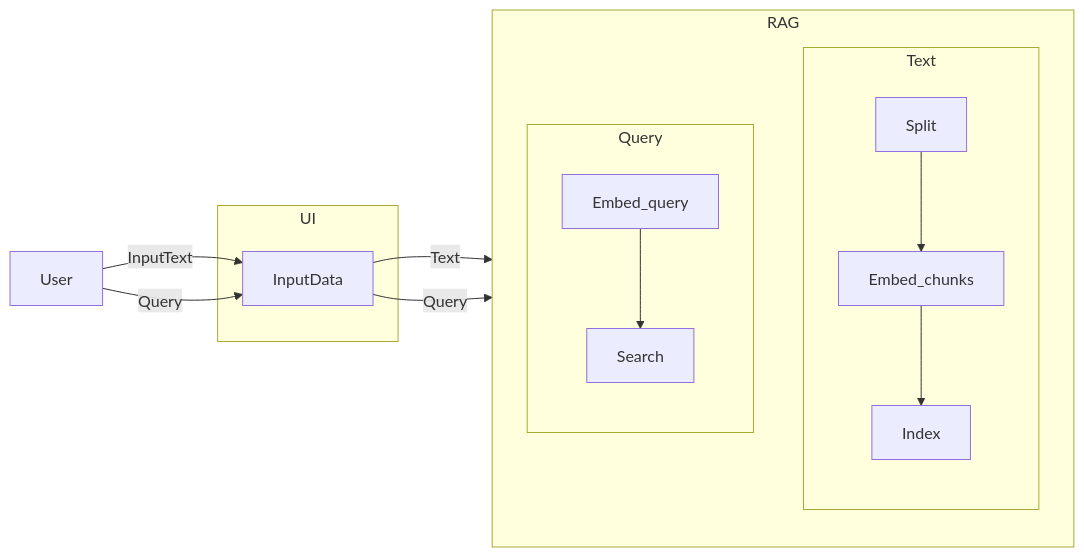
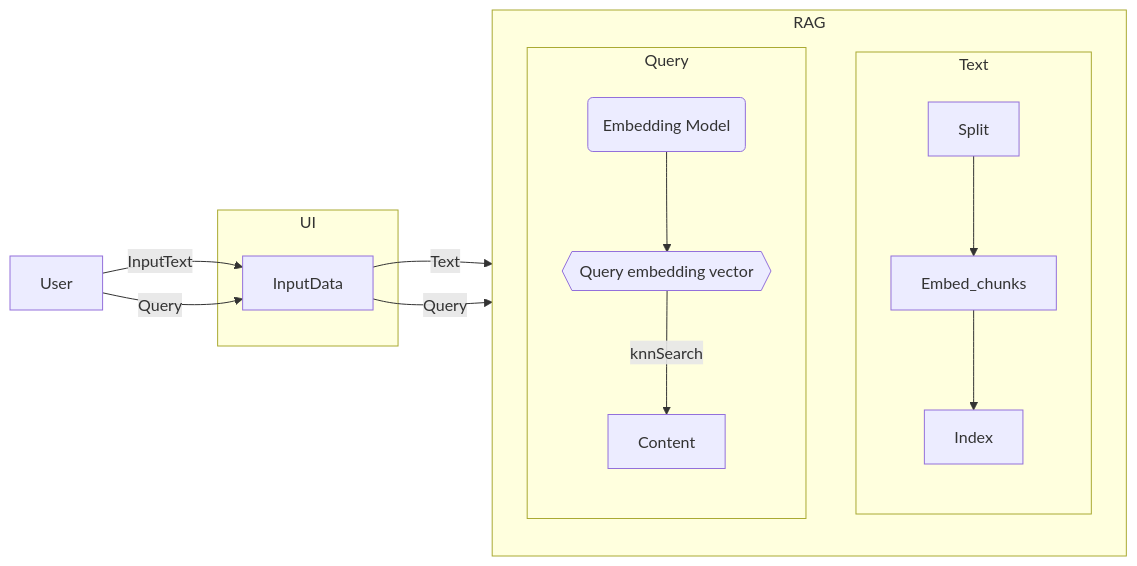
The second of 2 diagrams in README.md (sariaslaso/query-engine-RAG), drawn with Mermaid before and after one commit.

````diff
--- a/README.md
+++ b/README.md
@@ -19,22 +19,24 @@
 ```mermaid
 flowchart LR
 	User -- InputText --> InputData 
 	User -- Query --> InputData
 	subgraph UI
 		InputData
 	end
 	InputData -- Text --> Split
-	InputData -- Query --> Embed_query
+	InputData -- Query --> id1(Embedding Model)
+	
 
 	subgraph RAG
 		direction TB
 		subgraph Text
 			direction TB
 			Split --> Embed_chunks --> Index
 		end
 		subgraph Query
 			direction TB
-			Embed_query --> Search
+			id1 --> id2@{shape: hex, label: "Query embedding vector"}
+			id2 -- knnSearch --> Content
 		end
 	end
 ```
````
